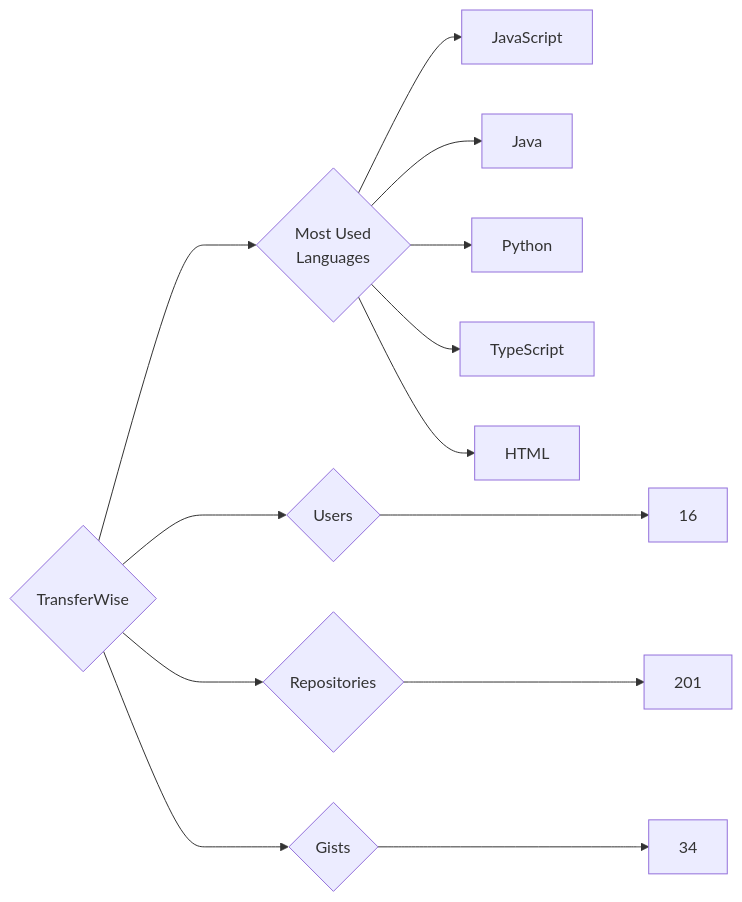
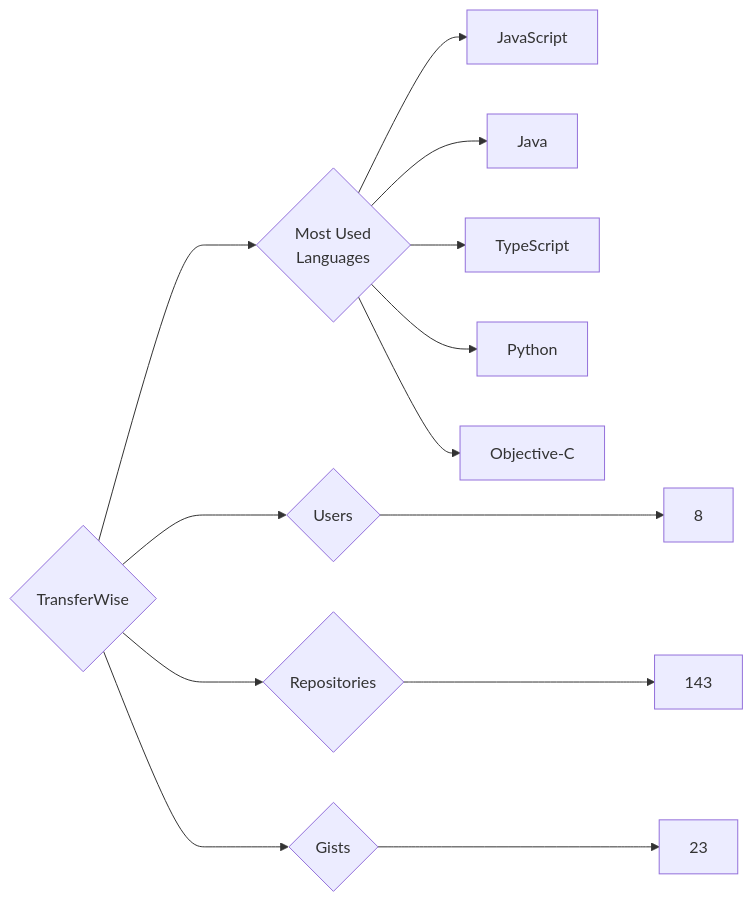
The diagram in targets/TransferWise/README.md (trickest/insiders), drawn with Mermaid before and after one commit. The commit also changed 886 other files, not shown here.

````diff
--- a/targets/TransferWise/README.md
+++ b/targets/TransferWise/README.md
@@ -3,13 +3,13 @@
 ```mermaid
 graph LR
 COMPANY_NAME{TransferWise}
-COMPANY_NAME ---> U{Users} ---> UN[16]
-COMPANY_NAME ---> R{Repositories} ---> RN[201]
-COMPANY_NAME ---> G{Gists} ---> GN[34]
+COMPANY_NAME ---> U{Users} ---> UN[8]
+COMPANY_NAME ---> R{Repositories} ---> RN[143]
+COMPANY_NAME ---> G{Gists} ---> GN[23]
 COMPANY_NAME ---> ML{Most Used<br>Languages}
 ML --> JavaScript[JavaScript]
 ML --> Java[Java]
+ML --> TypeScript[TypeScript]
 ML --> Python[Python]
-ML --> TypeScript[TypeScript]
-ML --> HTML[HTML]
+ML --> Objective-C[Objective-C]
 ```
````
